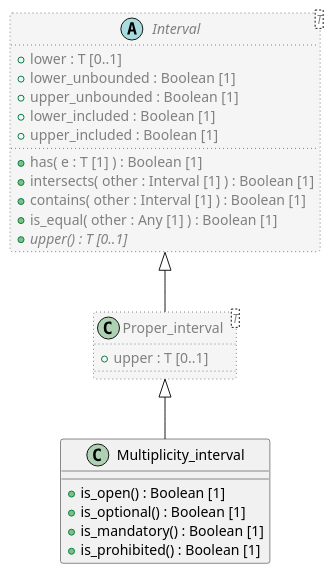
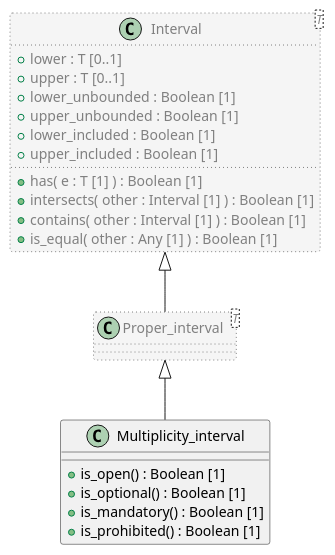
One commit to sebastian-iancu/code-generator changed the diagram in code/Adoc/openehr_base_1.1.0/plantUML/classes/org.openehr.base.foundation_types.multiplicity_interval.adoc. Above: the diagram before and after it, drawn with PlantUML. The commit also changed 719 other files, not shown here.

```diff
--- a/code/Adoc/openehr_base_1.1.0/plantUML/classes/org.openehr.base.foundation_types.multiplicity_interval.adoc
+++ b/code/Adoc/openehr_base_1.1.0/plantUML/classes/org.openehr.base.foundation_types.multiplicity_interval.adoc
@@ -1,35 +1,34 @@
 [plantuml,Multiplicity_interval,format=svg,svg-type="inline"]
 -----
 @startuml
 
 class Multiplicity_interval {
   + is_open() : Boolean [1]
   + is_optional() : Boolean [1]
   + is_mandatory() : Boolean [1]
   + is_prohibited() : Boolean [1]
 }
 
 class Proper_interval <T>  #whitesmoke;line:gray;line.dotted;text:gray {
-  + upper : T [0..1]
 }
 
-abstract class Interval <T>  #whitesmoke;line:gray;line.dotted;text:gray {
+class Interval <T>  #whitesmoke;line:gray;line.dotted;text:gray {
   + lower : T [0..1]
+  + upper : T [0..1]
   + lower_unbounded : Boolean [1]
   + upper_unbounded : Boolean [1]
   + lower_included : Boolean [1]
   + upper_included : Boolean [1]
   + has( e : T [1] ) : Boolean [1]
   + intersects( other : Interval [1] ) : Boolean [1]
   + contains( other : Interval [1] ) : Boolean [1]
   + is_equal( other : Any [1] ) : Boolean [1]
-  + {abstract} upper() : T [0..1]
 }
 
 Interval <|-- Proper_interval
 
 Proper_interval <|-- Multiplicity_interval
 
 
 @enduml
 -----
```
